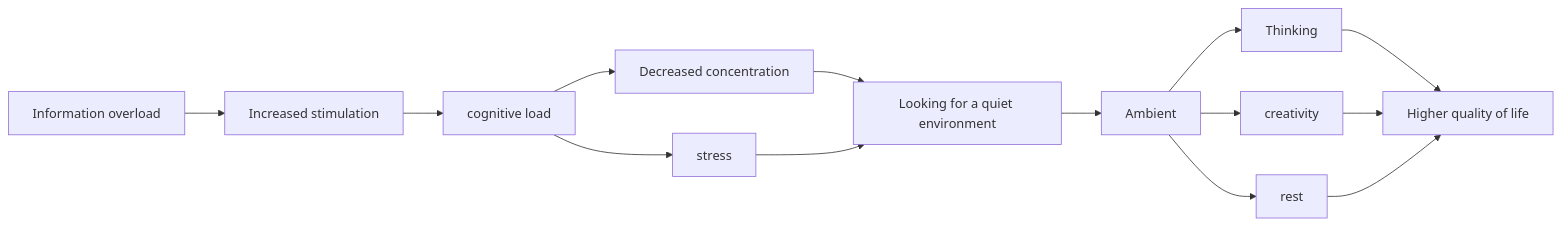
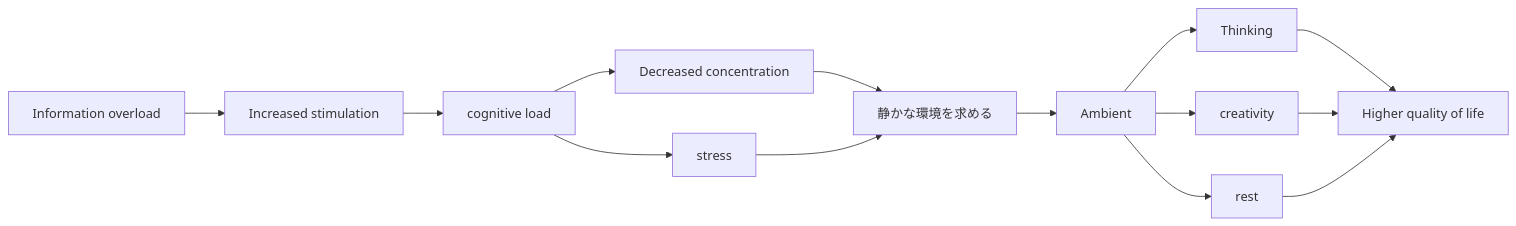
One commit to monumental-movement/monumental-movement.github.io changed the second of 2 diagrams in en/_posts/2026-06-27-column-ambient-music-wealthy.md. Above: the diagram before and after it, drawn with Mermaid. The commit also changed other lines of this file and 851 other files, not shown here.

```diff
--- a/en/_posts/2026-06-27-column-ambient-music-wealthy.md
+++ b/en/_posts/2026-06-27-column-ambient-music-wealthy.md
@@ -877,40 +877,40 @@
 <div class="mermaid">
 flowchart LR
 
 A["Information overload"]
 -->B["Increased stimulation"]
 
 B
 -->C["cognitive load"]
 
 C
 -->D["Decreased concentration"]
 
 C
 -->E["stress"]
 
 D
--->F["Looking for a quiet environment"]
+-->F["静かな環境を求める"]
 
 E
 -->F
 
 F
 -->G["Ambient"]
 
 G
 -->H["Thinking"]
 
 G
 -->I["creativity"]
 
 G
 -->J["rest"]
 
 H
 -->K["Higher quality of life"]
 I
 -->K
 J
 -->K
 </div>
```
